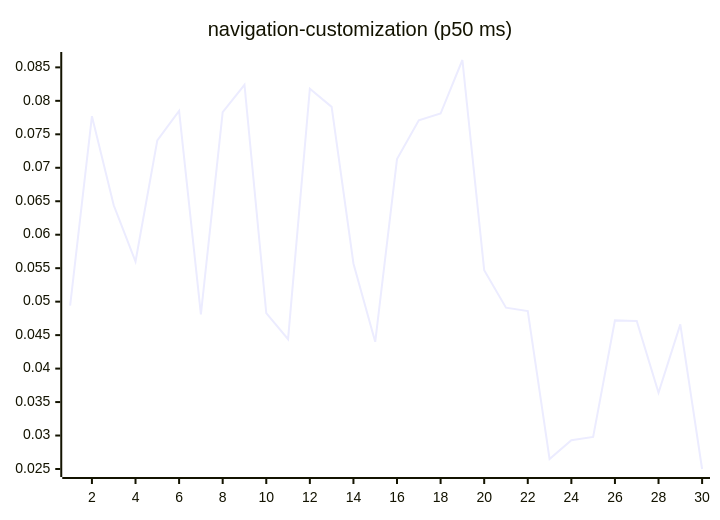
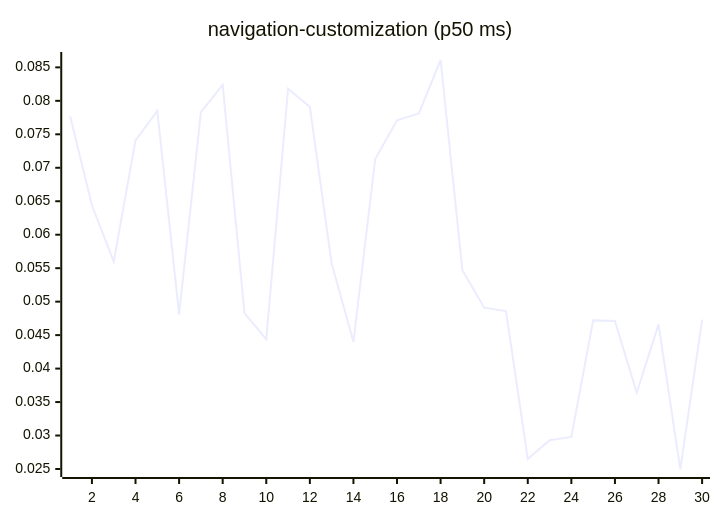
One commit to josha/Facet changed diagram 15 of 27 in README.md. Above: the diagram before and after it, drawn with Mermaid. The commit also changed other lines of this file and 2 other files, not shown here.

````diff
--- a/README.md
+++ b/README.md
@@ -161,6 +161,6 @@
 ```mermaid
 xychart-beta
     title "navigation-customization (p50 ms)"
     x-axis 1 --> 30
-    line [0.0494, 0.0777, 0.0644, 0.0560, 0.0741, 0.0785, 0.0481, 0.0783, 0.0824, 0.0483, 0.0444, 0.0818, 0.0791, 0.0557, 0.0440, 0.0713, 0.0771, 0.0781, 0.0861, 0.0547, 0.0491, 0.0486, 0.0265, 0.0293, 0.0298, 0.0472, 0.0471, 0.0364, 0.0466, 0.0250]
+    line [0.0777, 0.0644, 0.0560, 0.0741, 0.0785, 0.0481, 0.0783, 0.0824, 0.0483, 0.0444, 0.0818, 0.0791, 0.0557, 0.0440, 0.0713, 0.0771, 0.0781, 0.0861, 0.0547, 0.0491, 0.0486, 0.0265, 0.0293, 0.0298, 0.0472, 0.0471, 0.0364, 0.0466, 0.0250, 0.0473]
 ```
````
